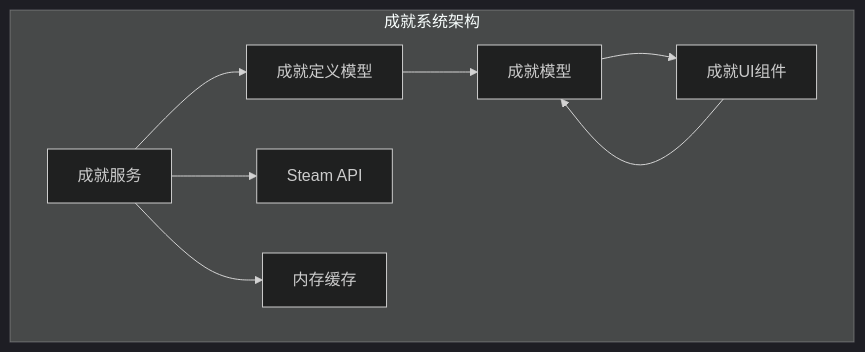
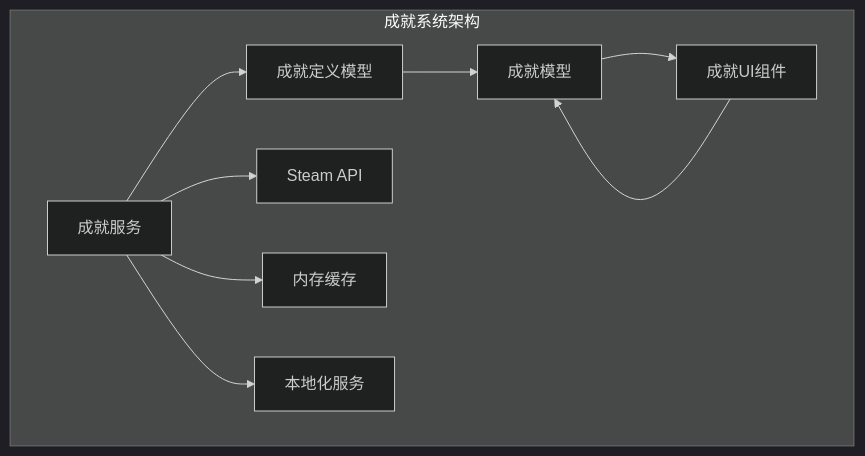
Before and after one commit to TinyMaD/SpeedRunnersLab: diagram 14 of 22 in .qoder/repowiki/zh/content/后端 API 服务/用户管理模块/个人资料系统.md, drawn with Mermaid (dark theme). The commit also changed other lines of this file and 34 other files, not shown here.

````diff
--- a/.qoder/repowiki/zh/content/后端 API 服务/用户管理模块/个人资料系统.md
+++ b/.qoder/repowiki/zh/content/后端 API 服务/用户管理模块/个人资料系统.md
@@ -372,17 +696,19 @@
 ```mermaid
 graph TB
 subgraph "成就系统架构"
 AchievementSchema[成就定义模型]
 Achievement[成就模型]
 AchievementUI[成就UI组件]
 AchievementService[成就服务]
 SteamAPI[Steam API]
 Cache[内存缓存]
+Localizer[本地化服务]
 end
 AchievementSchema --> Achievement
 Achievement --> AchievementUI
 AchievementService --> AchievementSchema
 AchievementService --> SteamAPI
 AchievementService --> Cache
+AchievementService --> Localizer
 AchievementUI --> Achievement
 ```
````
